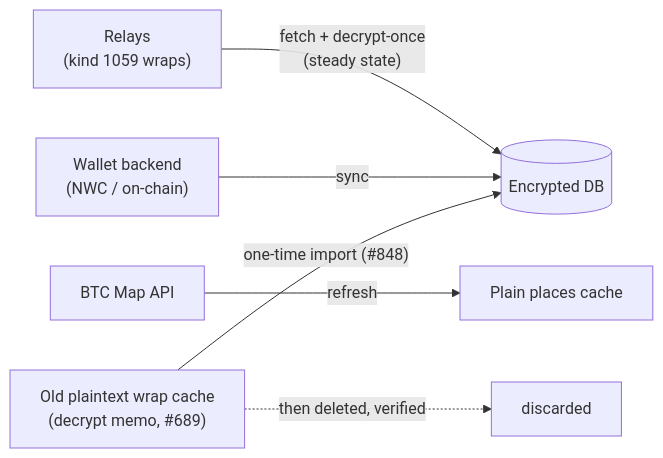
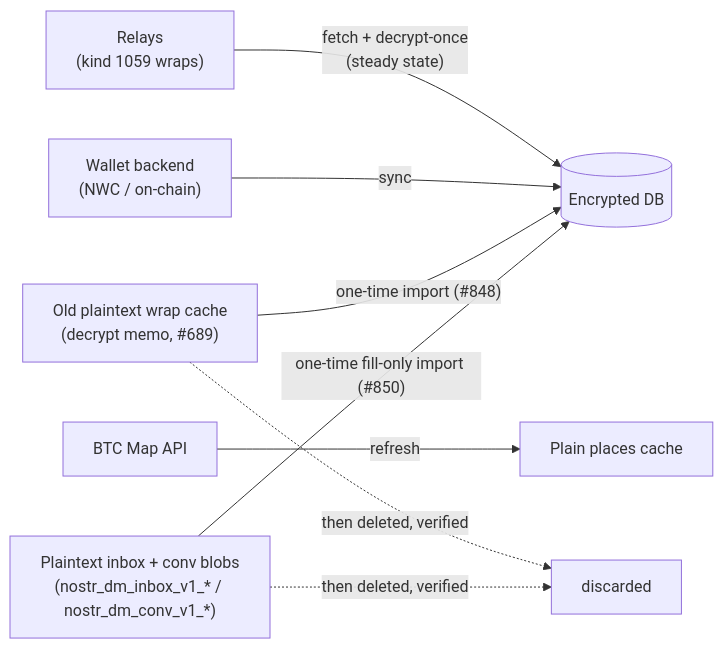
The third of 3 diagrams in docs/DATA_STORAGE.adoc (BenGWeeks/lightning-piggy-mobile), drawn with Mermaid before and after one commit. The commit also changed other lines of this file and 19 other files, not shown here.

```diff
--- a/docs/DATA_STORAGE.adoc
+++ b/docs/DATA_STORAGE.adoc
@@ -290,9 +351,11 @@
 [mermaid]
 ....
 flowchart LR
     R["Relays<br/>(kind 1059 wraps)"] -->|"fetch + decrypt-once<br/>(steady state)"| DB[("Encrypted DB")]
     W["Wallet backend<br/>(NWC / on-chain)"] -->|"sync"| DB
     BM["BTC Map API"] -->|"refresh"| PC["Plain places cache"]
     OLD["Old plaintext wrap cache<br/>(decrypt memo, #689)"] -->|"one-time import (#848)"| DB
     OLD -.->|"then deleted, verified"| X["discarded"]
+    BLOB["Plaintext inbox + conv blobs<br/>(nostr_dm_inbox_v1_* / nostr_dm_conv_v1_*)"] -->|"one-time fill-only import (#850)"| DB
+    BLOB -.->|"then deleted, verified"| X
 ....
```
